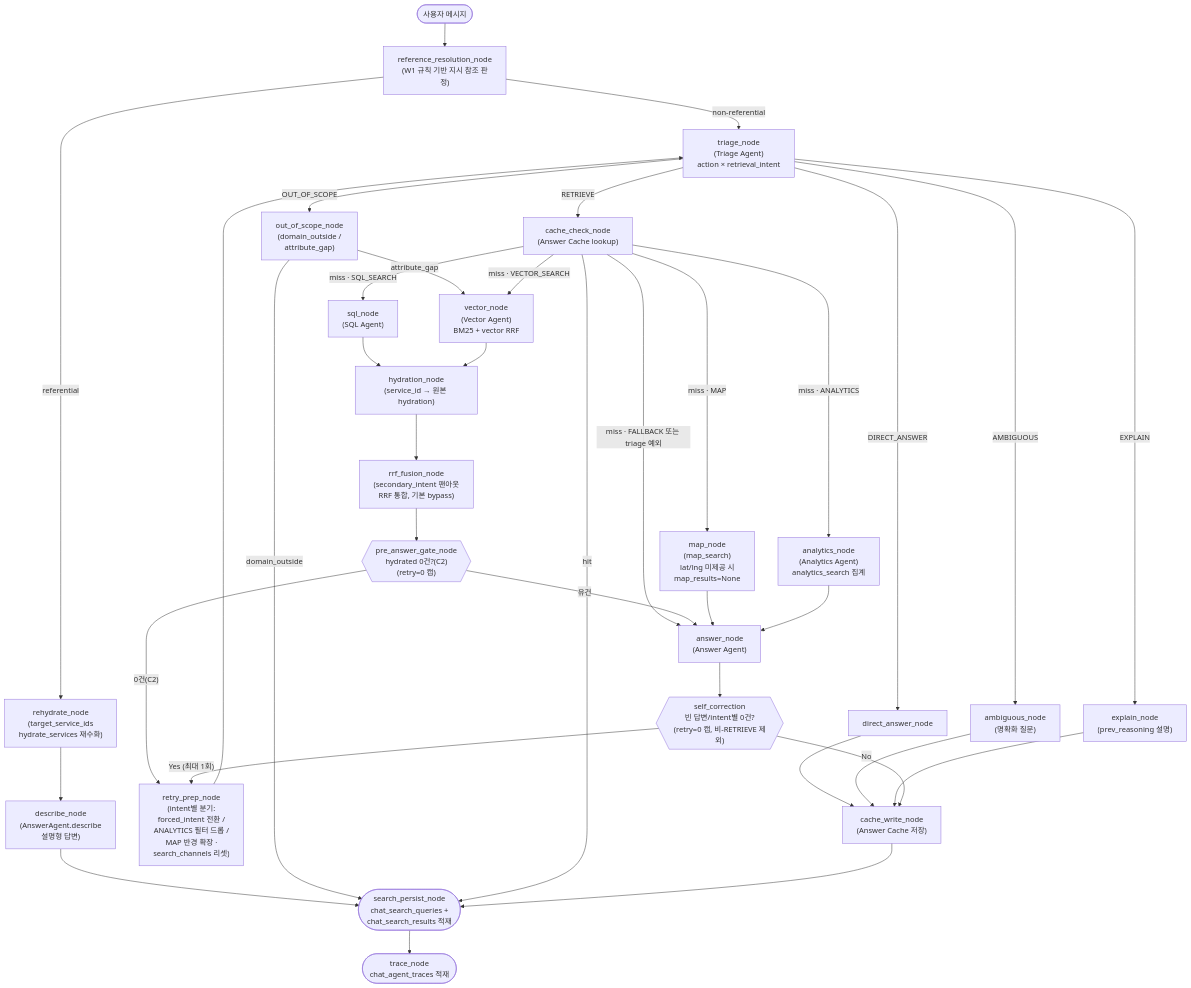
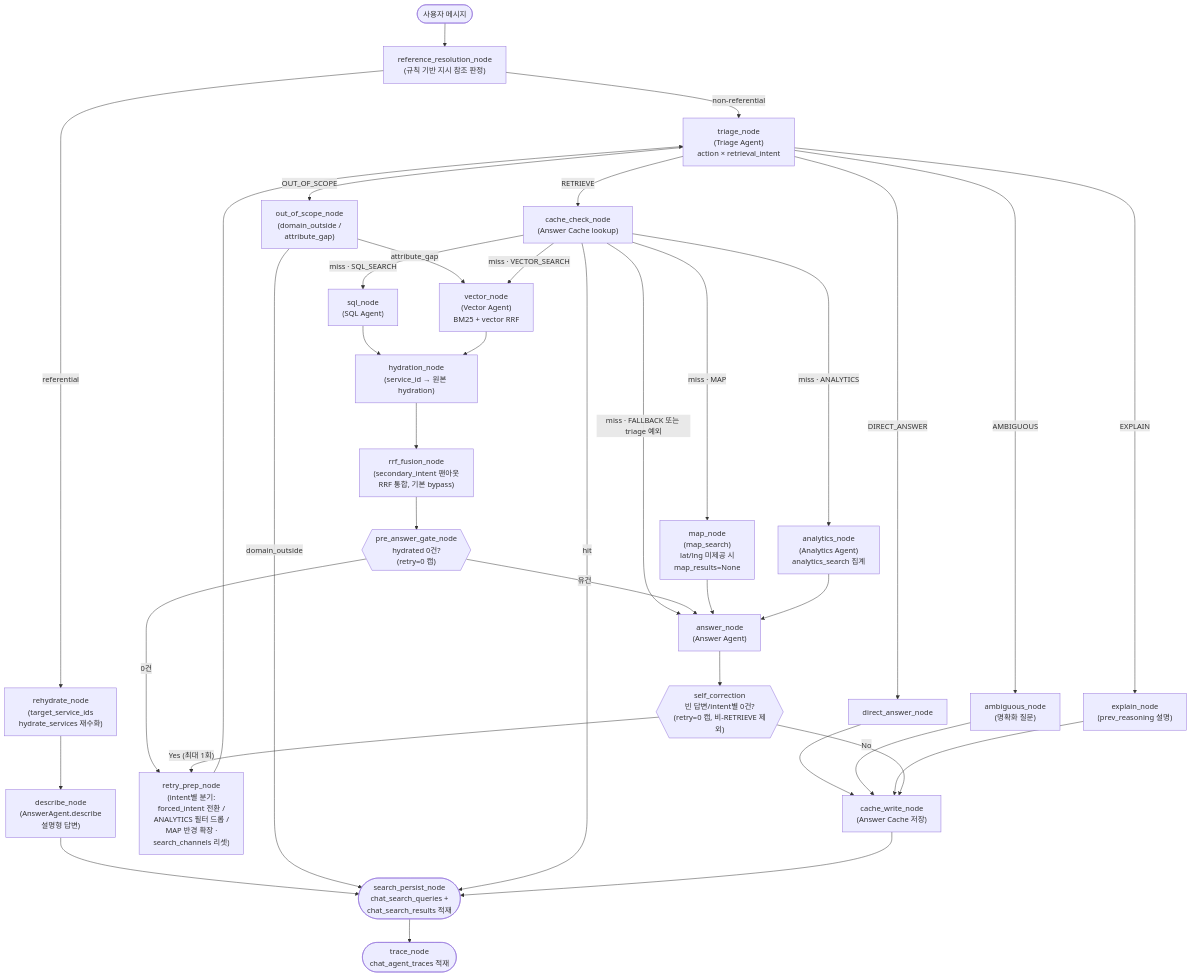
One commit to f-lab-edu/on-seoul changed the diagram in on-seoul-agent/docs/ai-agent-design.md. Above: the diagram before and after it, drawn with Mermaid. The commit also changed other lines of this file, not shown here.

````diff
--- a/on-seoul-agent/docs/ai-agent-design.md
+++ b/on-seoul-agent/docs/ai-agent-design.md
@@ -23,68 +23,68 @@
 ```mermaid
 flowchart TD
     START(["사용자 메시지"])
-    REF["reference_resolution_node<br/>(W1 규칙 기반 지시 참조 판정)"]
+    REF["reference_resolution_node<br/>(규칙 기반 지시 참조 판정)"]
     REHYDRATE["rehydrate_node<br/>(target_service_ids<br/>hydrate_services 재수화)"]
     DESCRIBE["describe_node<br/>(AnswerAgent.describe<br/>설명형 답변)"]
     TRIAGE["triage_node<br/>(Triage Agent)<br/>action × retrieval_intent"]
     DIRECT["direct_answer_node"]
     AMBIG["ambiguous_node<br/>(명확화 질문)"]
     OOS["out_of_scope_node<br/>(domain_outside /<br/>attribute_gap)"]
     EXPLAIN["explain_node<br/>(prev_reasoning 설명)"]
     CACHE_CHECK["cache_check_node<br/>(Answer Cache lookup)"]
     SQL["sql_node<br/>(SQL Agent)"]
     VECTOR["vector_node<br/>(Vector Agent)<br/>BM25 + vector RRF"]
     MAP["map_node<br/>(map_search)<br/>lat/lng 미제공 시<br/>map_results=None"]
     ANALYTICS["analytics_node<br/>(Analytics Agent)<br/>analytics_search 집계"]
     HYDRATION["hydration_node<br/>(service_id → 원본 hydration)"]
     RRF["rrf_fusion_node<br/>(secondary_intent 팬아웃<br/>RRF 통합, 기본 bypass)"]
-    GATE{{"pre_answer_gate_node<br/>hydrated 0건?(C2)<br/>(retry=0 캡)"}}
+    GATE{{"pre_answer_gate_node<br/>hydrated 0건?<br/>(retry=0 캡)"}}
     ANSWER["answer_node<br/>(Answer Agent)"]
     SELF_CORR{{"self_correction<br/>빈 답변/intent별 0건?<br/>(retry=0 캡, 비-RETRIEVE 제외)"}}
     RETRY_PREP["retry_prep_node<br/>(intent별 분기:<br/>forced_intent 전환 /<br/>ANALYTICS 필터 드롭 /<br/>MAP 반경 확장 ·<br/>search_channels 리셋)"]
     CACHE_WRITE["cache_write_node<br/>(Answer Cache 저장)"]
     SEARCH_PERSIST(["search_persist_node<br/>chat_search_queries +<br/>chat_search_results 적재"])
     TRACE(["trace_node<br/>chat_agent_traces 적재"])
 
     START --> REF
     REF -- "referential" --> REHYDRATE
     REF -- "non-referential" --> TRIAGE
     REHYDRATE --> DESCRIBE
     DESCRIBE --> SEARCH_PERSIST
 
     TRIAGE -- "RETRIEVE" --> CACHE_CHECK
     TRIAGE -- "DIRECT_ANSWER" --> DIRECT
     TRIAGE -- "AMBIGUOUS" --> AMBIG
     TRIAGE -- "OUT_OF_SCOPE" --> OOS
     TRIAGE -- "EXPLAIN" --> EXPLAIN
 
     OOS -- "attribute_gap" --> VECTOR
     OOS -- "domain_outside" --> SEARCH_PERSIST
 
     CACHE_CHECK -- "hit" --> SEARCH_PERSIST
     CACHE_CHECK -- "miss · SQL_SEARCH" --> SQL
     CACHE_CHECK -- "miss · VECTOR_SEARCH" --> VECTOR
     CACHE_CHECK -- "miss · MAP" --> MAP
     CACHE_CHECK -- "miss · ANALYTICS" --> ANALYTICS
     CACHE_CHECK -- "miss · FALLBACK 또는 triage 예외" --> ANSWER
 
     SQL --> HYDRATION
     VECTOR --> HYDRATION
     HYDRATION --> RRF
     RRF --> GATE
     GATE -- "유건" --> ANSWER
-    GATE -- "0건(C2)" --> RETRY_PREP
+    GATE -- "0건" --> RETRY_PREP
     MAP --> ANSWER
     ANALYTICS --> ANSWER
 
     DIRECT --> CACHE_WRITE
     AMBIG --> CACHE_WRITE
     EXPLAIN --> CACHE_WRITE
 
     ANSWER --> SELF_CORR
     SELF_CORR -- "Yes (최대 1회)" --> RETRY_PREP
     RETRY_PREP --> TRIAGE
     SELF_CORR -- "No" --> CACHE_WRITE
     CACHE_WRITE --> SEARCH_PERSIST
     SEARCH_PERSIST --> TRACE
 ```
````
